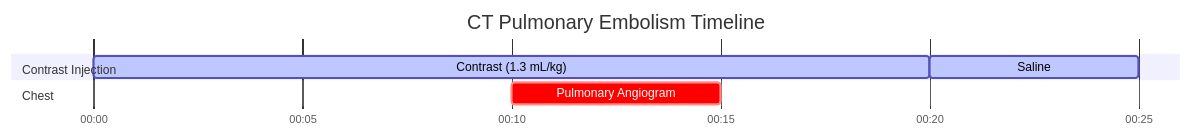
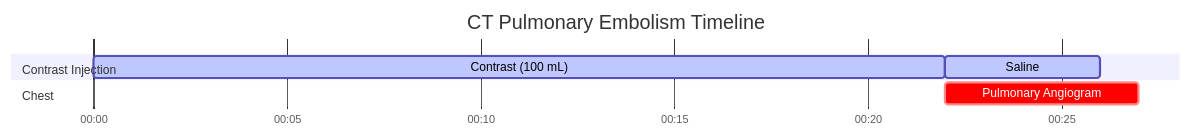
Before and after one commit to dfergs93/radiology-protocols: the diagram in docs/ct/chest/ct-pulmonary-embolism.md, drawn with Mermaid. The commit also changed other lines of this file and 85 other files, not shown here.

Commit message:
Regenerate protocol markdown files with acquisition-diagram placeholder

````diff
--- a/docs/ct/chest/ct-pulmonary-embolism.md
+++ b/docs/ct/chest/ct-pulmonary-embolism.md
@@ -86,18 +85,18 @@
   ```mermaid
   ---
   displayMode: compact
   config:
     theme: default
     themeCSS: " #Saline{ fill: #4ed5ff; stroke: #2094f3; } "
   ---
     gantt
       title CT Pulmonary Embolism Timeline
       dateFormat mm:ss
       axisFormat %M:%S 
       
       section Contrast Injection
-      Contrast (1.3 mL/kg)    :active, contrast, 00:00, 20s
-      Saline          :active, saline, after contrast, 5s
+      Contrast (100 mL)    :active, contrast, 00:00, 22s
+      Saline          :active, saline, after contrast, 4s
       section Chest
-      Pulmonary Angiogram    :crit, scan1, 00:10, 5s
+      Pulmonary Angiogram    :crit, scan1, after contrast, 5s
   ```
````
